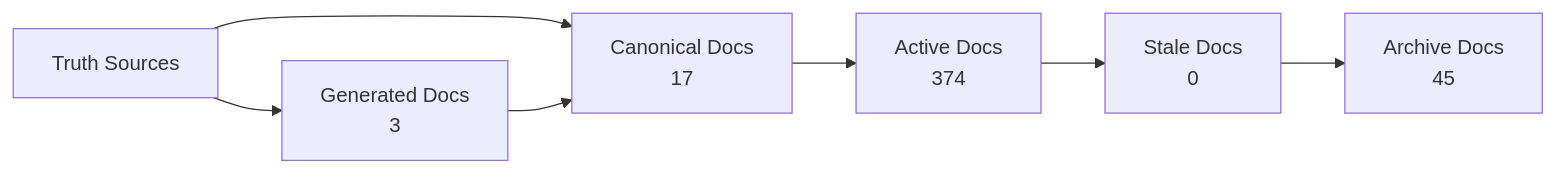
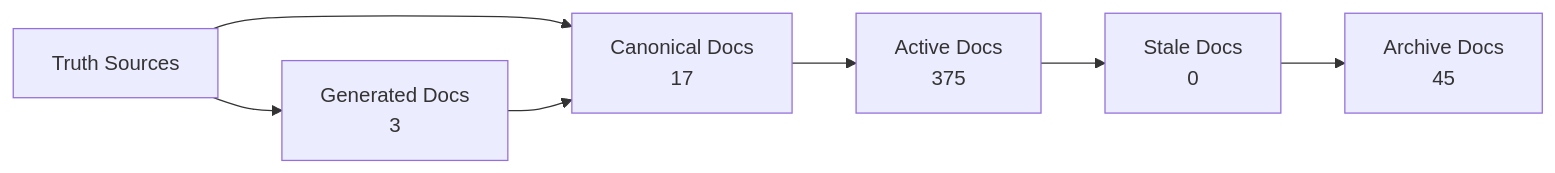
One commit to Latimer-Woods-Tech/Factory changed the diagram in docs/_generated/docs-trust-map.md. Above: the diagram before and after it, drawn with Mermaid. The commit also changed other lines of this file and 6 other files, not shown here.

````diff
--- a/docs/_generated/docs-trust-map.md
+++ b/docs/_generated/docs-trust-map.md
@@ -20,14 +20,14 @@
 ```mermaid
 flowchart LR
   truth["Truth Sources"] --> canonical["Canonical Docs"]
   canonical --> active["Active Docs"]
   active --> stale["Stale Docs"]
   stale --> archive["Archive Docs"]
   canonical["Canonical Docs\n17"]
-  active["Active Docs\n374"]
+  active["Active Docs\n375"]
   stale["Stale Docs\n0"]
   archive["Archive Docs\n45"]
   generated["Generated Docs\n3"]
   truth --> generated
   generated --> canonical
 ```
````
